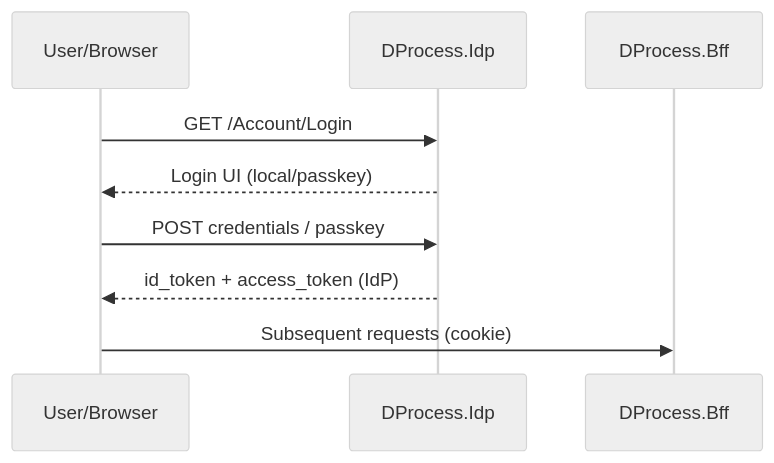
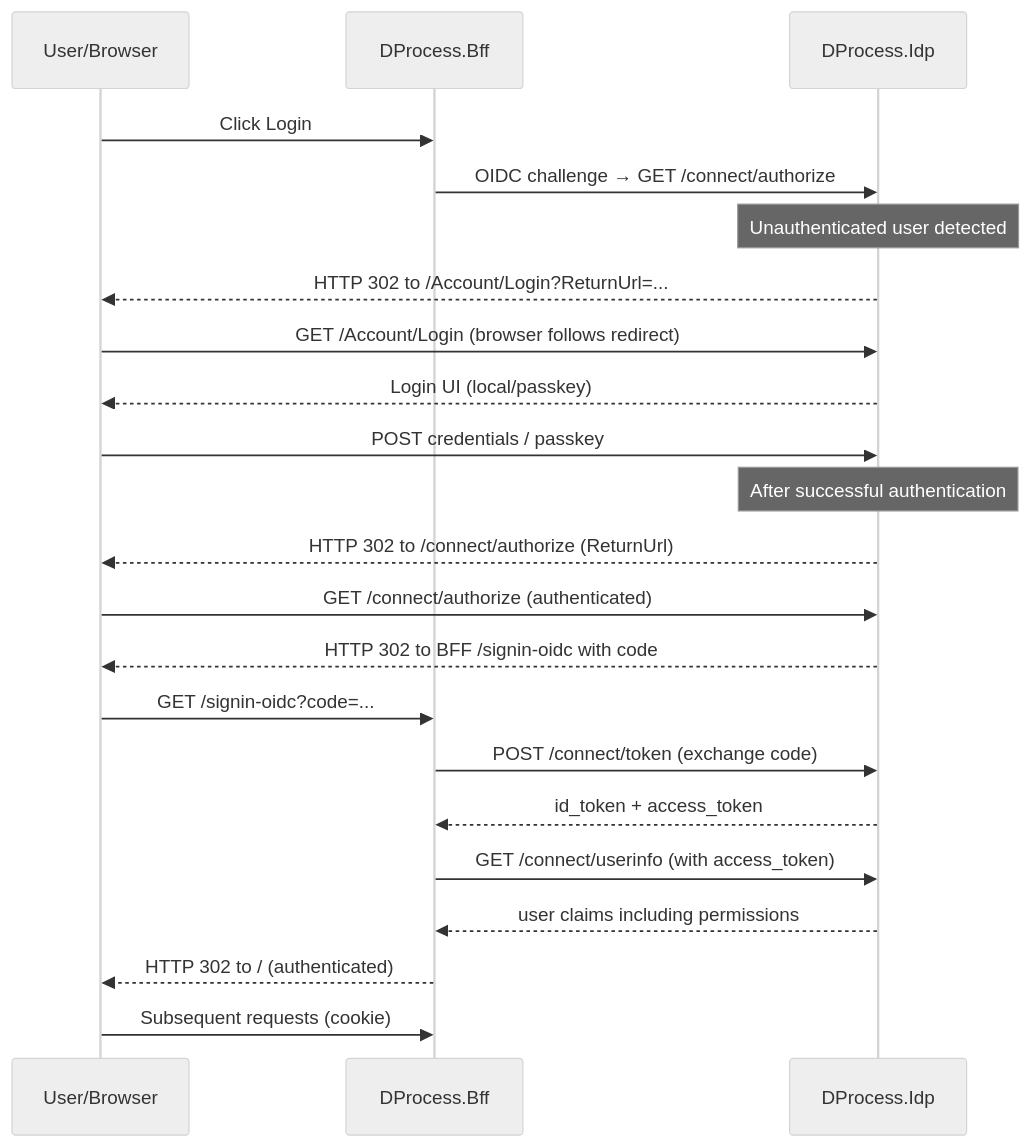
One commit to arisng/dotnet10-demo changed the second of 9 diagrams in demo4.2/.docs/reference/flows.md. Above: the diagram before and after it, drawn with Mermaid (neutral theme). The commit also changed other lines of this file and 33 other files, not shown here.

First line of the commit message:
feat(demo4.2): Add SkillCon constants, enums, and helpers; enhance BFF logout flow

````diff
--- a/demo4.2/.docs/reference/flows.md
+++ b/demo4.2/.docs/reference/flows.md
@@ -84,12 +85,25 @@
 ```mermaid
 sequenceDiagram
   participant U as User/Browser
+  participant BFF as DProcess.Bff
   participant IdP as DProcess.Idp
-  participant BFF as DProcess.Bff
 
-  U->>IdP: GET /Account/Login
+  U->>BFF: Click Login
+  BFF->>IdP: OIDC challenge → GET /connect/authorize
+  Note over IdP: Unauthenticated user detected
+  IdP-->>U: HTTP 302 to /Account/Login?ReturnUrl=...
+  U->>IdP: GET /Account/Login (browser follows redirect)
   IdP-->>U: Login UI (local/passkey)
   U->>IdP: POST credentials / passkey
-  IdP-->>U: id_token + access_token (IdP)
+  Note over IdP: After successful authentication
+  IdP-->>U: HTTP 302 to /connect/authorize (ReturnUrl)
+  U->>IdP: GET /connect/authorize (authenticated)
+  IdP-->>U: HTTP 302 to BFF /signin-oidc with code
+  U->>BFF: GET /signin-oidc?code=...
+  BFF->>IdP: POST /connect/token (exchange code)
+  IdP-->>BFF: id_token + access_token
+  BFF->>IdP: GET /connect/userinfo (with access_token)
+  IdP-->>BFF: user claims including permissions
+  BFF-->>U: HTTP 302 to / (authenticated)
   U->>BFF: Subsequent requests (cookie)
 ```
````
